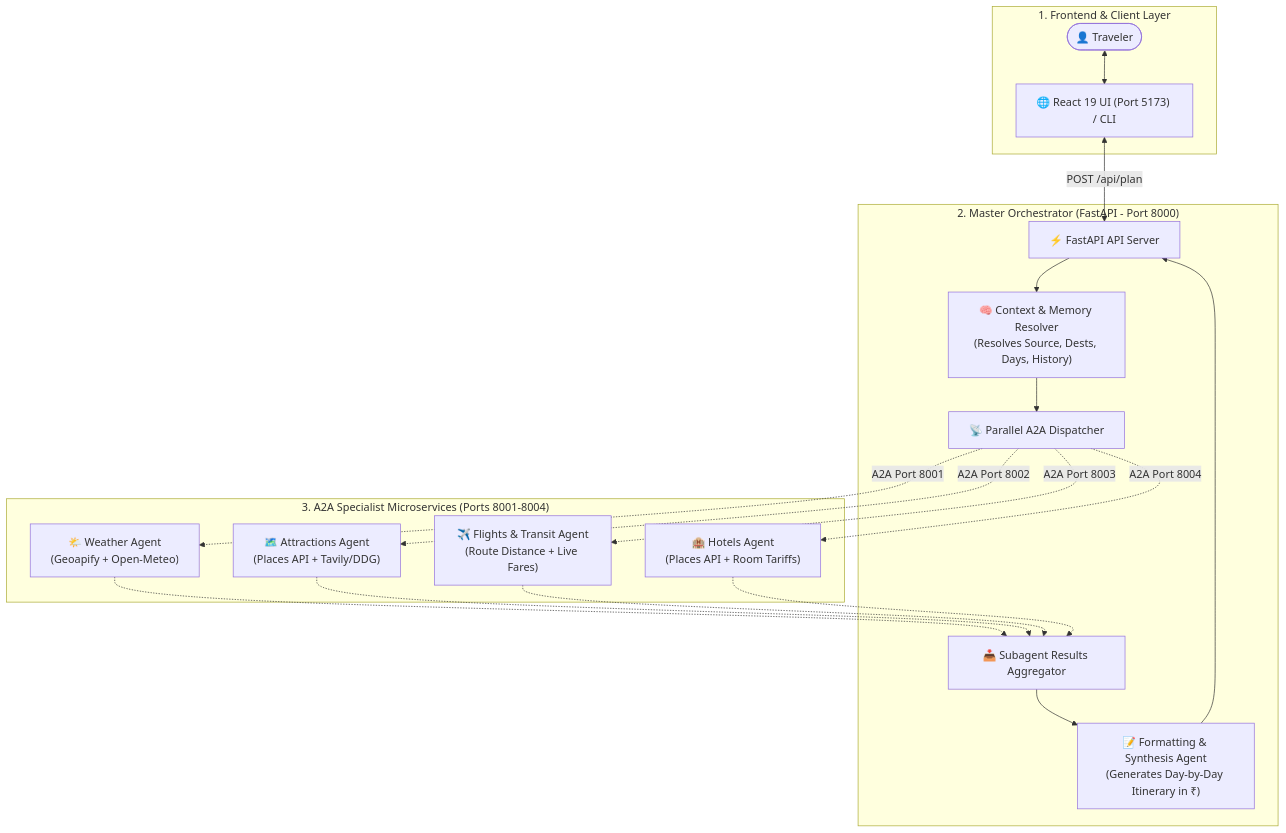
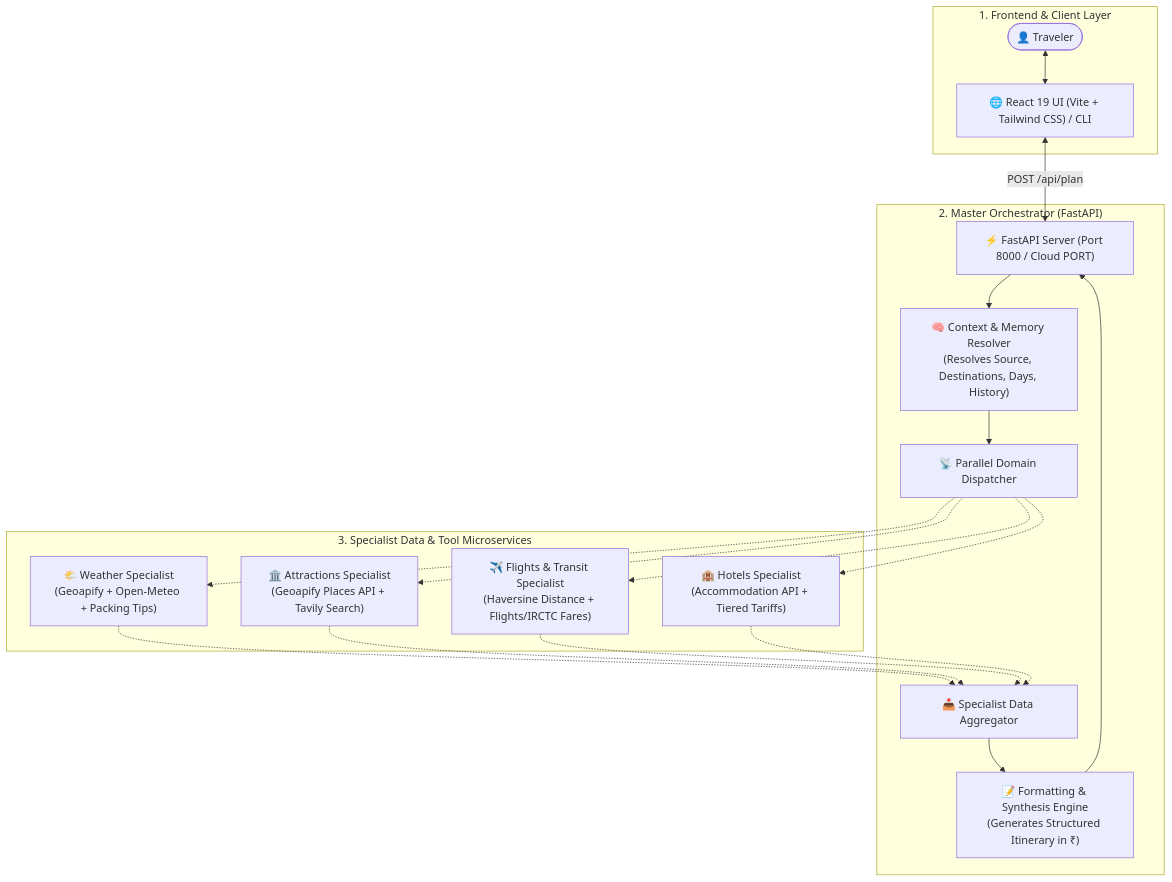
The diagram in README.md (jineshkhalas/multiagent-travel-planner), drawn with Mermaid before and after one commit. The commit also changed other lines of this file, not shown here.

Commit message:
Update comprehensive README with architecture, structured output format, and Render+Vercel deployment guide

````diff
--- a/README.md
+++ b/README.md
@@ -26,26 +27,26 @@
 ```mermaid
 flowchart TD
     subgraph Client ["1. Frontend & Client Layer"]
-        User(["👤 Traveler"]) <--> UI["🌐 React 19 UI (Port 5173) / CLI"]
+        User(["👤 Traveler"]) <--> UI["🌐 React 19 UI (Vite + Tailwind CSS) / CLI"]
     end
 
-    subgraph Master ["2. Master Orchestrator (FastAPI - Port 8000)"]
-        UI <-->|POST /api/plan| API["⚡ FastAPI API Server"]
-        API --> ContextAgent["🧠 Context & Memory Resolver\n(Resolves Source, Dests, Days, History)"]
-        ContextAgent --> Dispatcher["📡 Parallel A2A Dispatcher"]
-        Aggregator["📥 Subagent Results Aggregator"] --> FormattingAgent["📝 Formatting & Synthesis Agent\n(Generates Day-by-Day Itinerary in ₹)"]
+    subgraph Master ["2. Master Orchestrator (FastAPI)"]
+        UI <-->|POST /api/plan| API["⚡ FastAPI Server (Port 8000 / Cloud PORT)"]
+        API --> ContextAgent["🧠 Context & Memory Resolver\n(Resolves Source, Destinations, Days, History)"]
+        ContextAgent --> Dispatcher["📡 Parallel Domain Dispatcher"]
+        Aggregator["📥 Specialist Data Aggregator"] --> FormattingAgent["📝 Formatting & Synthesis Engine\n(Generates Structured Itinerary in ₹)"]
         FormattingAgent --> API
     end
 
-    subgraph Specialists ["3. A2A Specialist Microservices (Ports 8001-8004)"]
-        Dispatcher -.->|A2A Port 8001| W["🌤️ Weather Agent\n(Geoapify + Open-Meteo)"]
-        Dispatcher -.->|A2A Port 8002| A["🗺️ Attractions Agent\n(Places API + Tavily/DDG)"]
-        Dispatcher -.->|A2A Port 8003| F["✈️ Flights & Transit Agent\n(Route Distance + Live Fares)"]
-        Dispatcher -.->|A2A Port 8004| H["🏨 Hotels Agent\n(Places API + Room Tariffs)"]
+    subgraph Specialists ["3. Specialist Data & Tool Microservices"]
+        Dispatcher -.-> W["🌤️ Weather Specialist\n(Geoapify + Open-Meteo + Packing Tips)"]
+        Dispatcher -.-> A["🏛️ Attractions Specialist\n(Geoapify Places API + Tavily Search)"]
+        Dispatcher -.-> F["✈️ Flights & Transit Specialist\n(Haversine Distance + Flights/IRCTC Fares)"]
+        Dispatcher -.-> H["🏨 Hotels Specialist\n(Accommodation API + Tiered Tariffs)"]
 
         W -.-> Aggregator
         A -.-> Aggregator
         F -.-> Aggregator
         H -.-> Aggregator
     end
 ```
````
